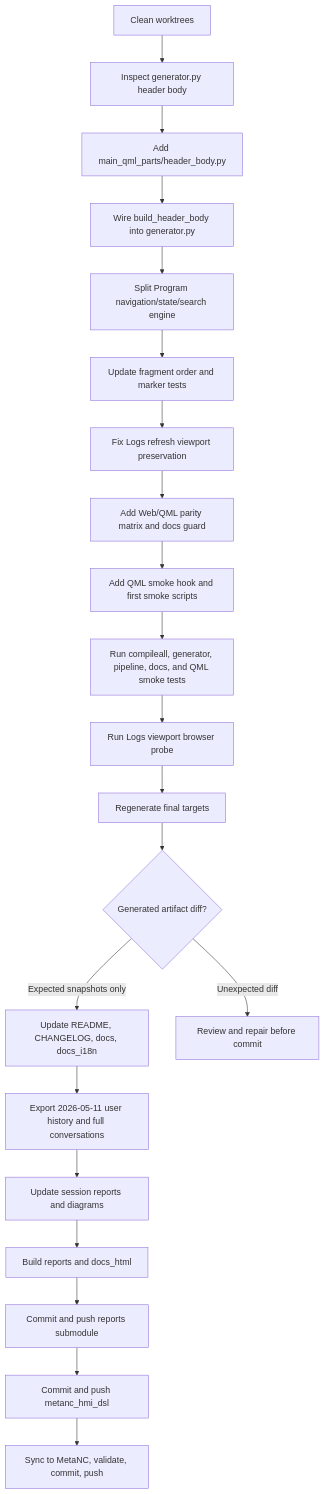
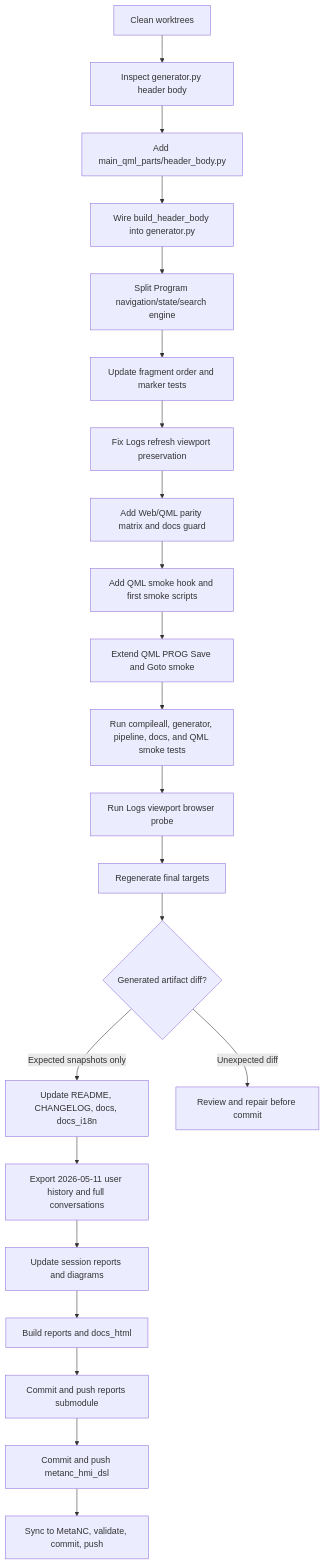
One commit to luppiterw/metanc_hmi_dsl_reports changed the diagram in 2026-05-11-codex-session/workflow-diagram.md. Above: the diagram before and after it, drawn with Mermaid. The commit also changed 17 other files, not shown here.

Commit message:
docs: update 2026-05-11 PROG smoke report

````diff
--- a/2026-05-11-codex-session/workflow-diagram.md
+++ b/2026-05-11-codex-session/workflow-diagram.md
@@ -3,23 +3,24 @@
 ```mermaid
 flowchart TD
     A[Clean worktrees] --> B[Inspect generator.py header body]
     B --> C[Add main_qml_parts/header_body.py]
     C --> D[Wire build_header_body into generator.py]
     D --> E[Split Program navigation/state/search engine]
     E --> F[Update fragment order and marker tests]
     F --> G[Fix Logs refresh viewport preservation]
     G --> H[Add Web/QML parity matrix and docs guard]
     H --> I[Add QML smoke hook and first smoke scripts]
-    I --> J[Run compileall, generator, pipeline, docs, and QML smoke tests]
+    I --> I2[Extend QML PROG Save and Goto smoke]
+    I2 --> J[Run compileall, generator, pipeline, docs, and QML smoke tests]
     J --> K[Run Logs viewport browser probe]
     K --> L[Regenerate final targets]
     L --> M{Generated artifact diff?}
     M -->|Expected snapshots only| N[Update README, CHANGELOG, docs, docs_i18n]
     M -->|Unexpected diff| R[Review and repair before commit]
     N --> O[Export 2026-05-11 user history and full conversations]
     O --> P[Update session reports and diagrams]
     P --> Q[Build reports and docs_html]
     Q --> S[Commit and push reports submodule]
     S --> T[Commit and push metanc_hmi_dsl]
     T --> U[Sync to MetaNC, validate, commit, push]
 ```
````
